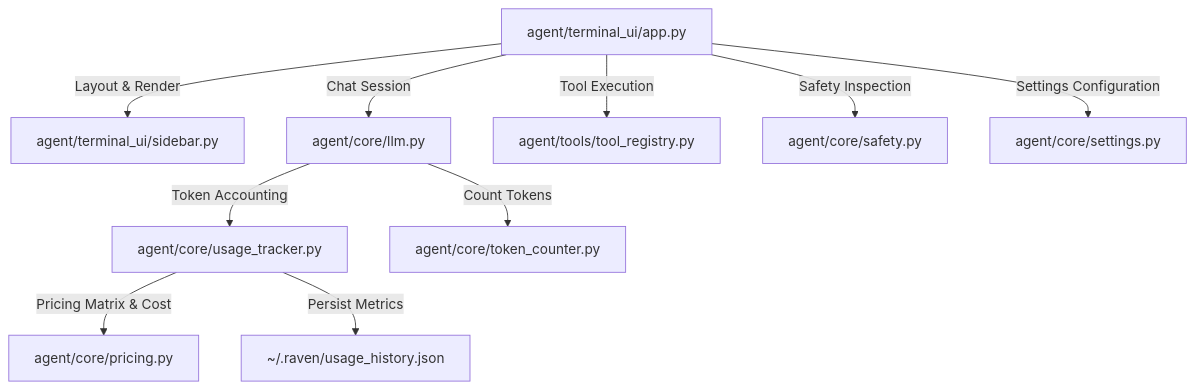
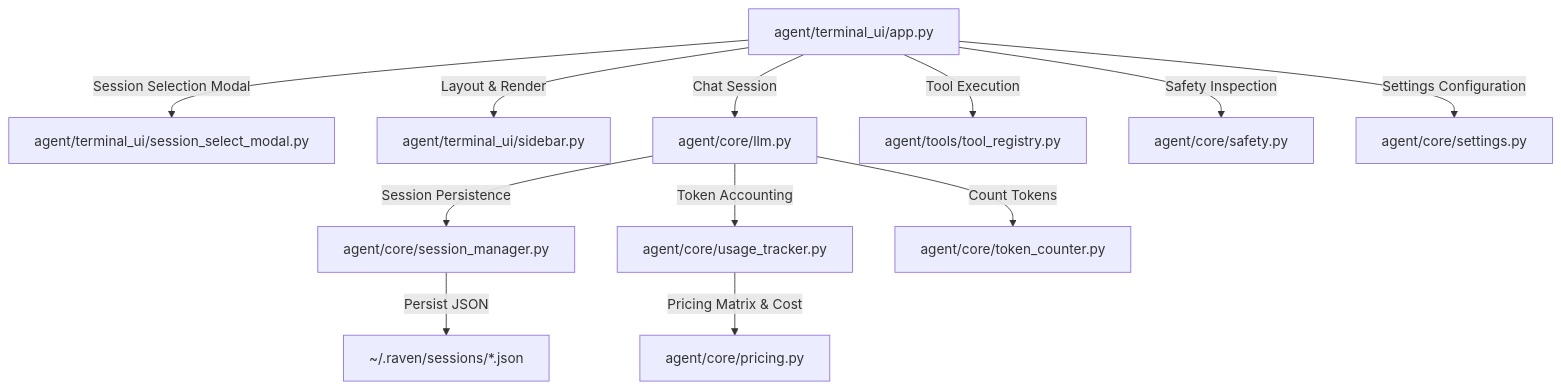
Before and after one commit to revanth332/raven-cli-agent: the diagram in architecture.md, drawn with Mermaid. The commit also changed other lines of this file and 8 other files, not shown here.

Commit message:
implement session management subsystem with slash commands and modal UI

````diff
--- a/architecture.md
+++ b/architecture.md
@@ -5,12 +5,14 @@
  ```mermaid
 graph TD
-    App[agent/terminal_ui/app.py] -->|Layout & Render| Sidebar[agent/terminal_ui/sidebar.py]
+    App[agent/terminal_ui/app.py] -->|Session Selection Modal| SessModal[agent/terminal_ui/session_select_modal.py]
+    App -->|Layout & Render| Sidebar[agent/terminal_ui/sidebar.py]
     App -->|Chat Session| LLM[agent/core/llm.py]
+    LLM -->|Session Persistence| SessMgr[agent/core/session_manager.py]
+    SessMgr -->|Persist JSON| SessStore[~/.raven/sessions/*.json]
     LLM -->|Token Accounting| Tracker[agent/core/usage_tracker.py]
     LLM -->|Count Tokens| Counter[agent/core/token_counter.py]
     Tracker -->|Pricing Matrix & Cost| Pricing[agent/core/pricing.py]
-    Tracker -->|Persist Metrics| History[~/.raven/usage_history.json]
     App -->|Tool Execution| Registry[agent/tools/tool_registry.py]
     App -->|Safety Inspection| Safety[agent/core/safety.py]
     App -->|Settings Configuration| Settings[agent/core/settings.py]
 ```
````
